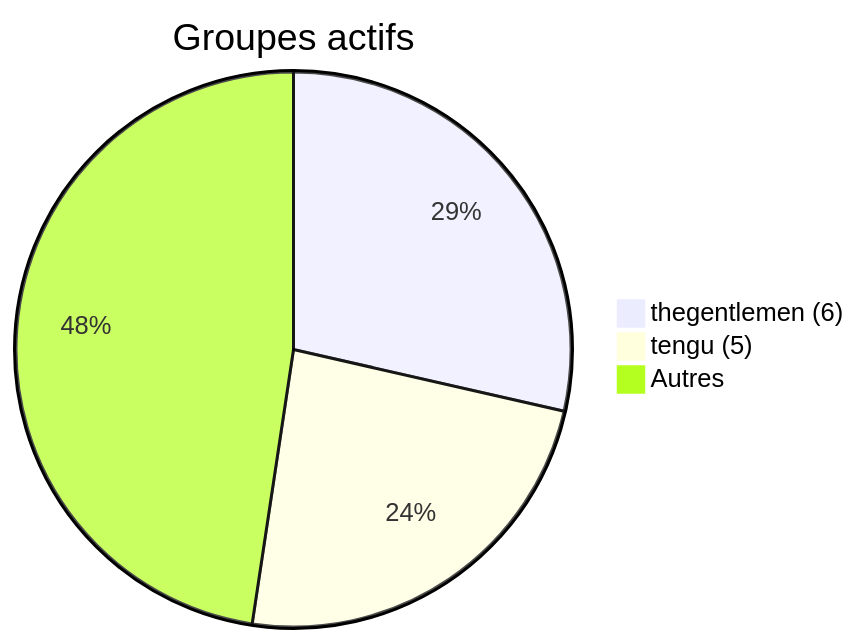
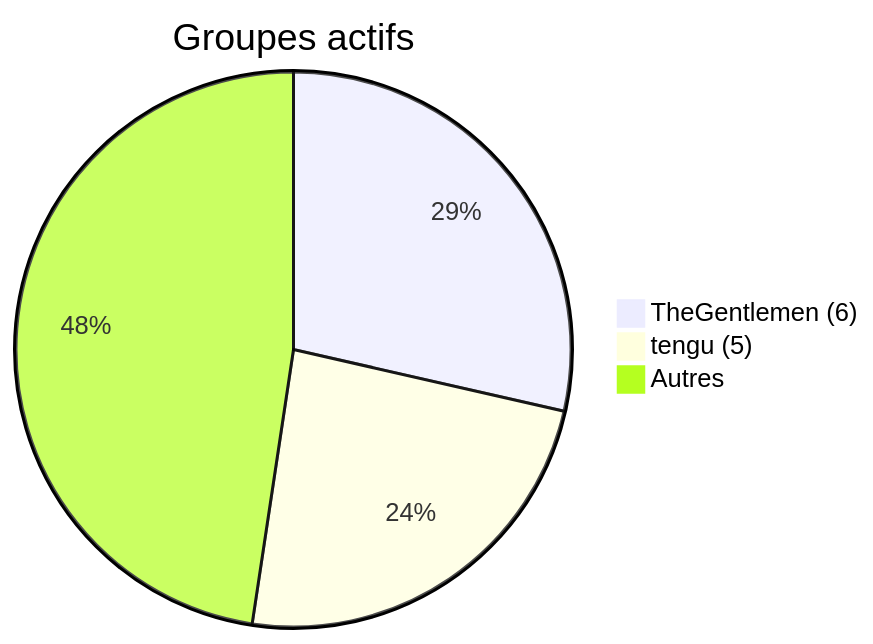
The second of 4 diagrams in visual-intelligence/01-january/README_FR.md (Hatchepsoute/AFRINTEL), drawn with Mermaid before and after one commit. The commit also changed other lines of this file and 83 other files, not shown here.

````diff
--- a/visual-intelligence/01-january/README_FR.md
+++ b/visual-intelligence/01-january/README_FR.md
@@ -17,7 +17,7 @@
 ```mermaid
 pie
 title Groupes actifs
-"thegentlemen (6)" : 6
+"TheGentlemen (6)" : 6
 "tengu (5)" : 5
 "Autres" : 10
 ```
````
